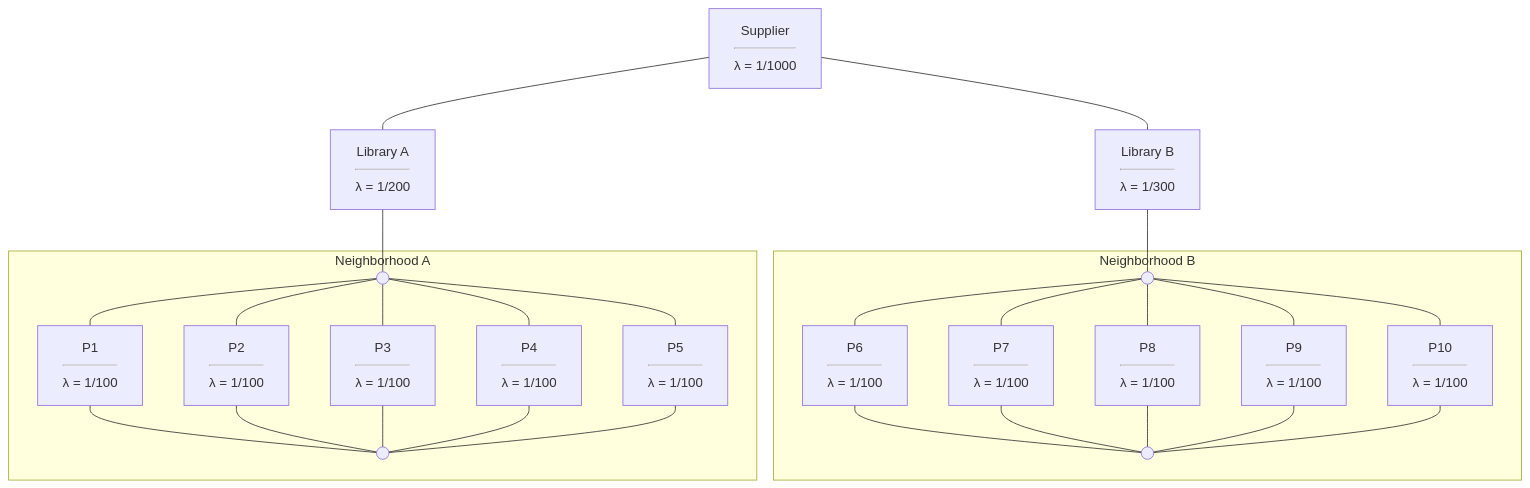
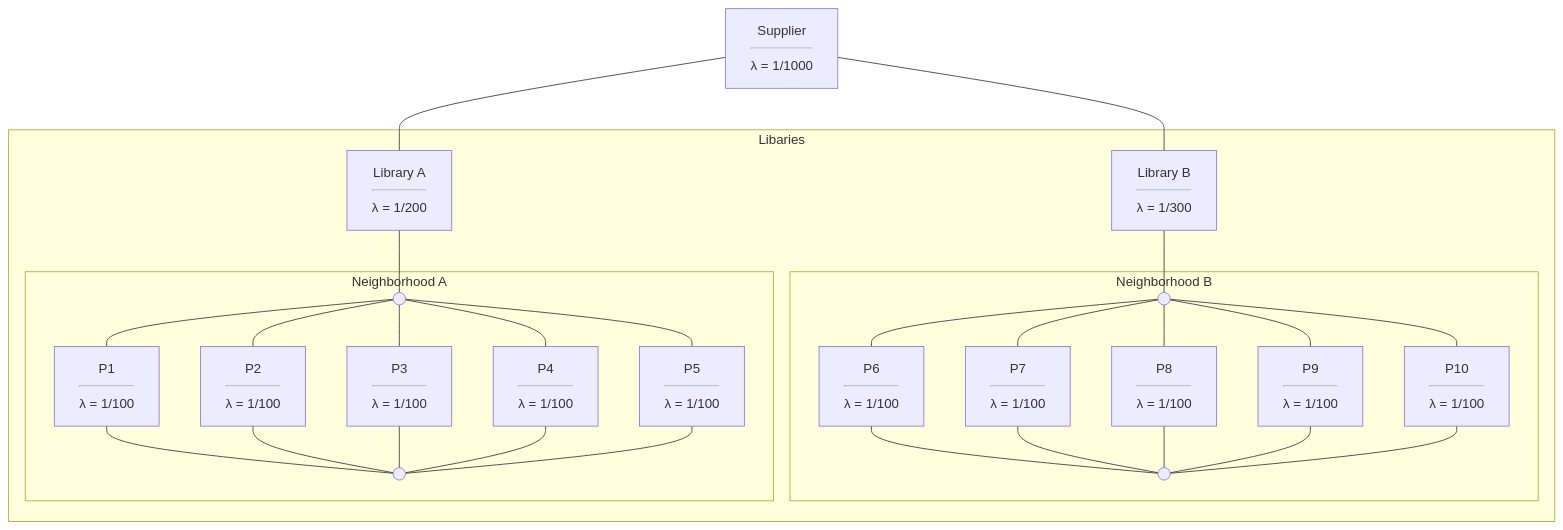
Before and after one commit to timothyfraser/sysen: the second of 2 diagrams in workshops/recitation_4_diagrams.md, drawn with Mermaid. The commit also changed other lines of this file, not shown here.

````diff
--- a/workshops/recitation_4_diagrams.md
+++ b/workshops/recitation_4_diagrams.md
@@ -40,46 +68,52 @@
 ```mermaid
 graph TD
 
 s["Supplier<hr>&lambda; = 1/1000"]
-la["Library A<hr>&lambda; = 1/200"]
-lb["Library B<hr>&lambda; = 1/300"]
-
+    
 s---la
 s---lb
+
+subgraph "Libaries"
+    la["Library A<hr>&lambda; = 1/200"]
+    lb["Library B<hr>&lambda; = 1/300"]
+    
 la---naa
 lb---nba
 
 subgraph nb["Neighborhood B"]
     nba((" "))
     nbz((" "))
     r6["P6<hr>&lambda; = 1/100"]; r7["P7<hr>&lambda; = 1/100"];
     r8["P8<hr>&lambda; = 1/100"]; r9["P9<hr>&lambda; = 1/100"]; r10["P10<hr>&lambda; = 1/100"];
     nba --- r6
     nba --- r7
     nba --- r8
     nba --- r9
     nba --- r10
     r6 --- nbz
     r7 --- nbz
     r8 --- nbz
     r9 --- nbz
     r10 --- nbz
 end
 
 subgraph na["Neighborhood A"]
     naa((" "))
     naz((" "))
     r1["P1<hr>&lambda; = 1/100"]; r2["P2<hr>&lambda; = 1/100"]; r3["P3<hr>&lambda; = 1/100"]; 
     r4["P4<hr>&lambda; = 1/100"]; r5["P5<hr>&lambda; = 1/100"];
     naa --- r1
     naa --- r2
     naa --- r3
     naa --- r4
     naa --- r5
     r1 --- naz
     r2 --- naz
     r3 --- naz
     r4 --- naz
     r5 --- naz
 end
+
+end
+
 ```
````
